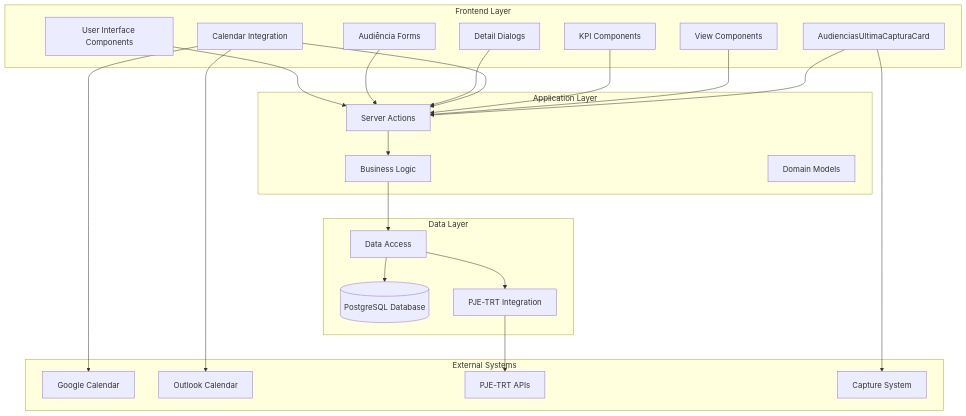
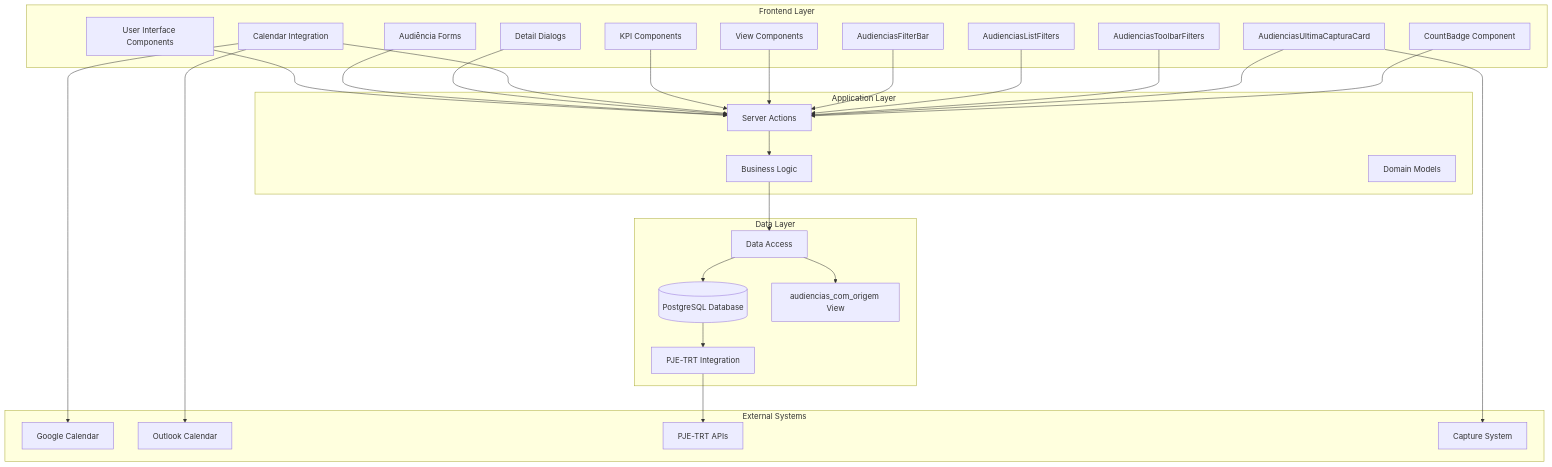
One commit to SinesysTech/zattar-os changed the first of 20 diagrams in .qoder/repowiki/en/content/Audiência Management.md. Above: the diagram before and after it, drawn with Mermaid. The commit also changed other lines of this file and 4 other files, not shown here.

````diff
--- a/.qoder/repowiki/en/content/Audiência Management.md
+++ b/.qoder/repowiki/en/content/Audiência Management.md
@@ -58,43 +66,53 @@
 ```mermaid
 graph TB
 subgraph "Frontend Layer"
 UI[User Interface Components]
 Forms[Audiência Forms]
 Dialogs[Detail Dialogs]
 Calendar[Calendar Integration]
 KPI[KPI Components]
 Views[View Components]
+FilterBar[AudienciasFilterBar]
+ListFilters[AudienciasListFilters]
+ToolbarFilters[AudienciasToolbarFilters]
 CaptureCard[AudienciasUltimaCapturaCard]
+CountBadge[CountBadge Component]
 end
 subgraph "Application Layer"
 Actions[Server Actions]
 Services[Business Logic]
 Domain[Domain Models]
 end
 subgraph "Data Layer"
 Repository[Data Access]
 Database[(PostgreSQL Database)]
 PJE[PJE-TRT Integration]
+View[audiencias_com_origem View]
 end
 subgraph "External Systems"
 GoogleCalendar[Google Calendar]
 Outlook[Outlook Calendar]
 PJE_API[PJE-TRT APIs]
 CaptureSystem[Capture System]
 end
 UI --> Actions
 Forms --> Actions
 Dialogs --> Actions
 Calendar --> Actions
 KPI --> Actions
 Views --> Actions
+FilterBar --> Actions
+ListFilters --> Actions
+ToolbarFilters --> Actions
 CaptureCard --> Actions
+CountBadge --> Actions
 Actions --> Services
 Services --> Repository
 Repository --> Database
-Repository --> PJE
+Repository --> View
+Database --> PJE
 PJE --> PJE_API
 CaptureCard --> CaptureSystem
 Calendar --> GoogleCalendar
 Calendar --> Outlook
 ```
````
